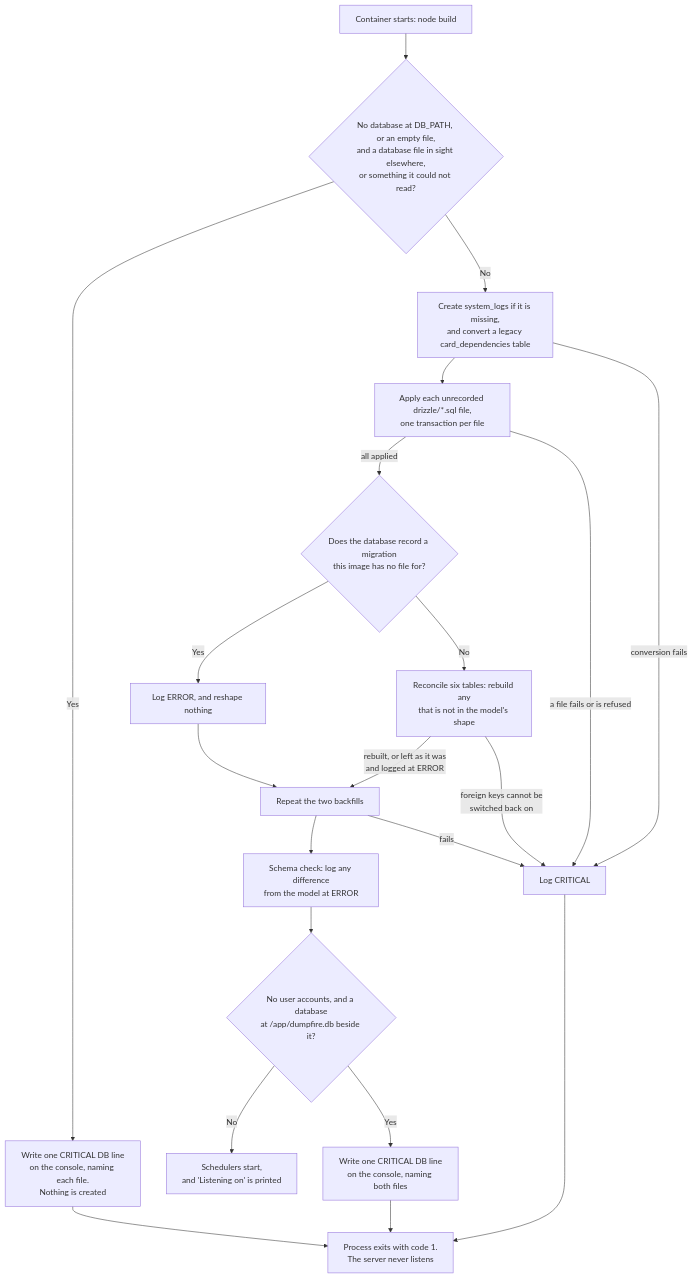
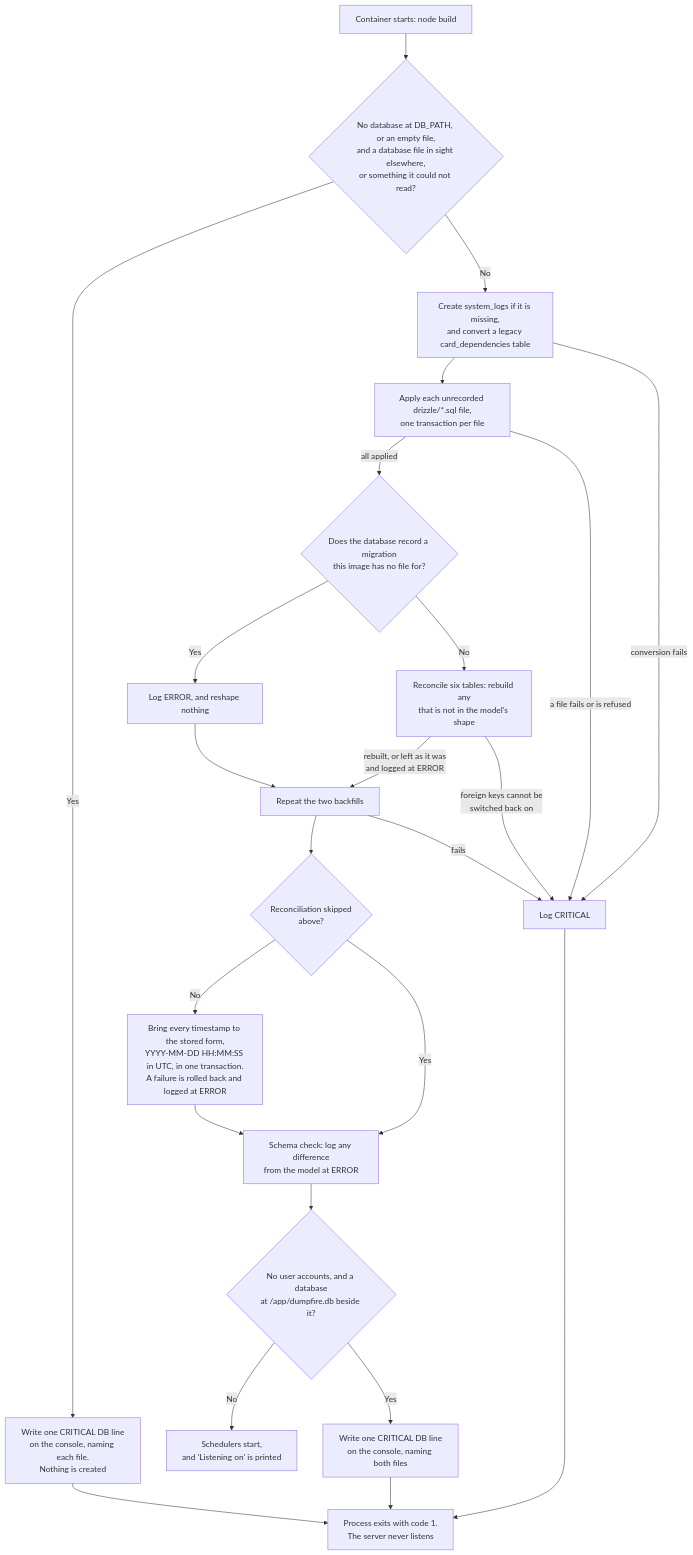
Before and after one commit to gitBoon/DumpFire: the fifth of 14 diagrams in docs/deployment.md, drawn with Mermaid. The commit also changed other lines of this file and 140 other files, not shown here.

````diff
--- a/docs/deployment.md
+++ b/docs/deployment.md
@@ -362,24 +396,27 @@
 ```mermaid
 flowchart TD
     Start["Container starts: node build"] --> Where{"No database at DB_PATH, or an empty file,\nand a database file in sight elsewhere,\nor something it could not read?"}
     Where -->|"Yes"| Refuse["Write one CRITICAL DB line\non the console, naming each file.\nNothing is created"]
     Refuse --> Exit
     Where -->|"No"| Prep["Create system_logs if it is missing,\nand convert a legacy card_dependencies table"]
     Prep --> Files["Apply each unrecorded drizzle/*.sql file,\none transaction per file"]
     Files -->|"all applied"| Newer{"Does the database record a migration\nthis image has no file for?"}
     Newer -->|"Yes"| Skip["Log ERROR, and reshape nothing"]
     Newer -->|"No"| Recon["Reconcile six tables: rebuild any\nthat is not in the model's shape"]
     Recon -->|"rebuilt, or left as it was\nand logged at ERROR"| Fill["Repeat the two backfills"]
     Skip --> Fill
-    Fill --> Check["Schema check: log any difference\nfrom the model at ERROR"]
+    Fill --> Newer2{"Reconciliation skipped\nabove?"}
+    Newer2 -->|"No"| Stamps["Bring every timestamp to the stored form,\nYYYY-MM-DD HH:MM:SS in UTC, in one transaction.\nA failure is rolled back and logged at ERROR"]
+    Stamps --> Check["Schema check: log any difference\nfrom the model at ERROR"]
+    Newer2 -->|"Yes"| Check
     Check --> Users{"No user accounts, and a database\nat /app/dumpfire.db beside it?"}
     Users -->|"No"| Listen["Schedulers start,\nand 'Listening on' is printed"]
     Users -->|"Yes"| Both["Write one CRITICAL DB line\non the console, naming both files"]
     Both --> Exit
 
     Prep -->|"conversion fails"| Halt["Log CRITICAL"]
     Files -->|"a file fails or is refused"| Halt
     Recon -->|"foreign keys cannot be\nswitched back on"| Halt
     Fill -->|"fails"| Halt
     Halt --> Exit["Process exits with code 1.\nThe server never listens"]
 ```
````
